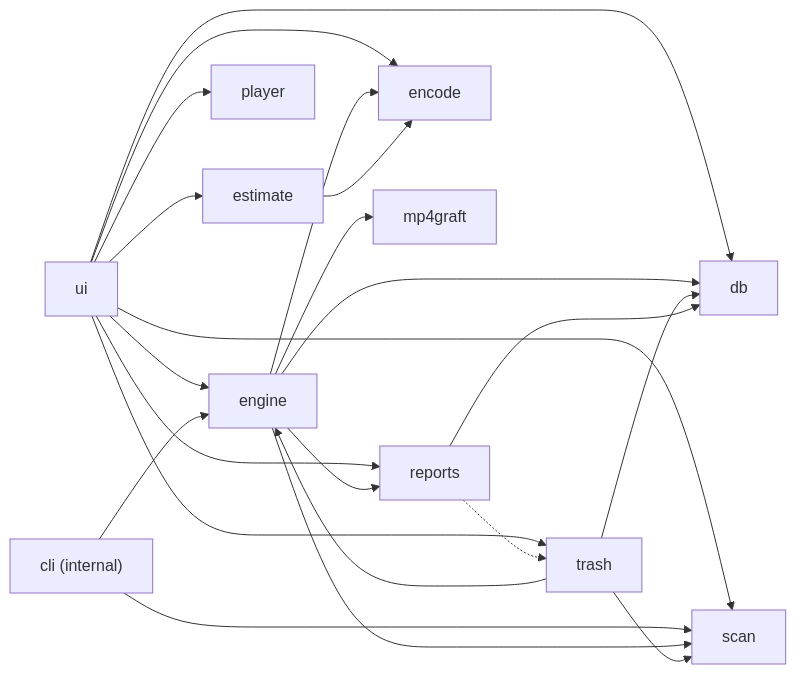
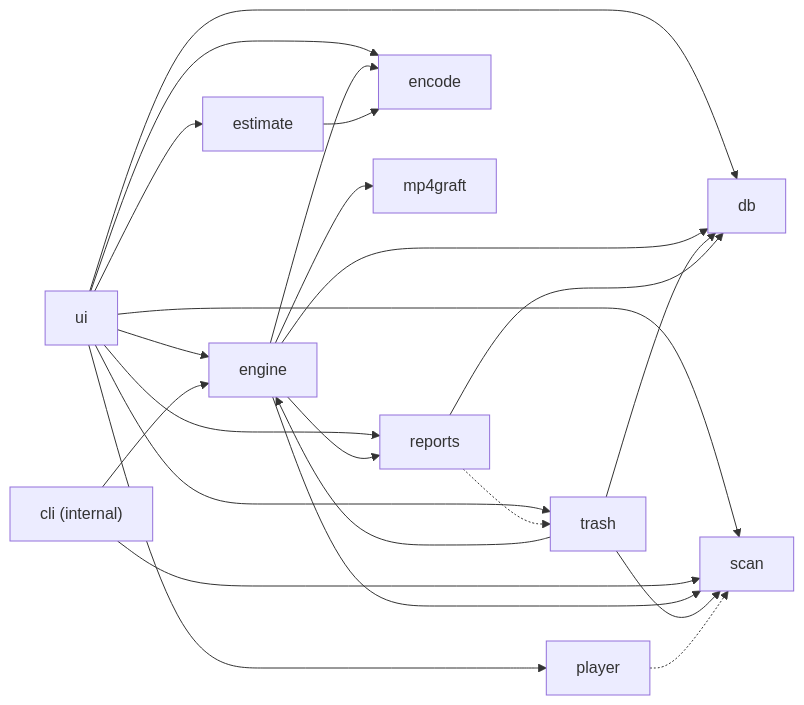
The diagram in docs/development/architecture.md (BartVG/ClipShrink), drawn with Mermaid before and after one commit. The commit also changed other lines of this file and 9 other files, not shown here.

````diff
--- a/docs/development/architecture.md
+++ b/docs/development/architecture.md
@@ -9,24 +9,25 @@
 ```mermaid
 flowchart LR
     ui["ui"] --> engine["engine"]
     ui --> estimate["estimate"]
     ui --> scan["scan"]
     ui --> player["player"]
     ui --> trash["trash"]
     ui --> reports["reports"]
     ui --> encode["encode"]
     ui --> db["db"]
     cli["cli (internal)"] --> engine
     cli --> scan
     engine --> encode
     engine --> mp4graft["mp4graft"]
     engine --> reports
     engine --> scan
     engine --> db
     estimate --> encode
     trash --> engine
     trash --> scan
     trash --> db
     reports --> db
     reports -.-> trash
+    player -.-> scan
 ```
````
